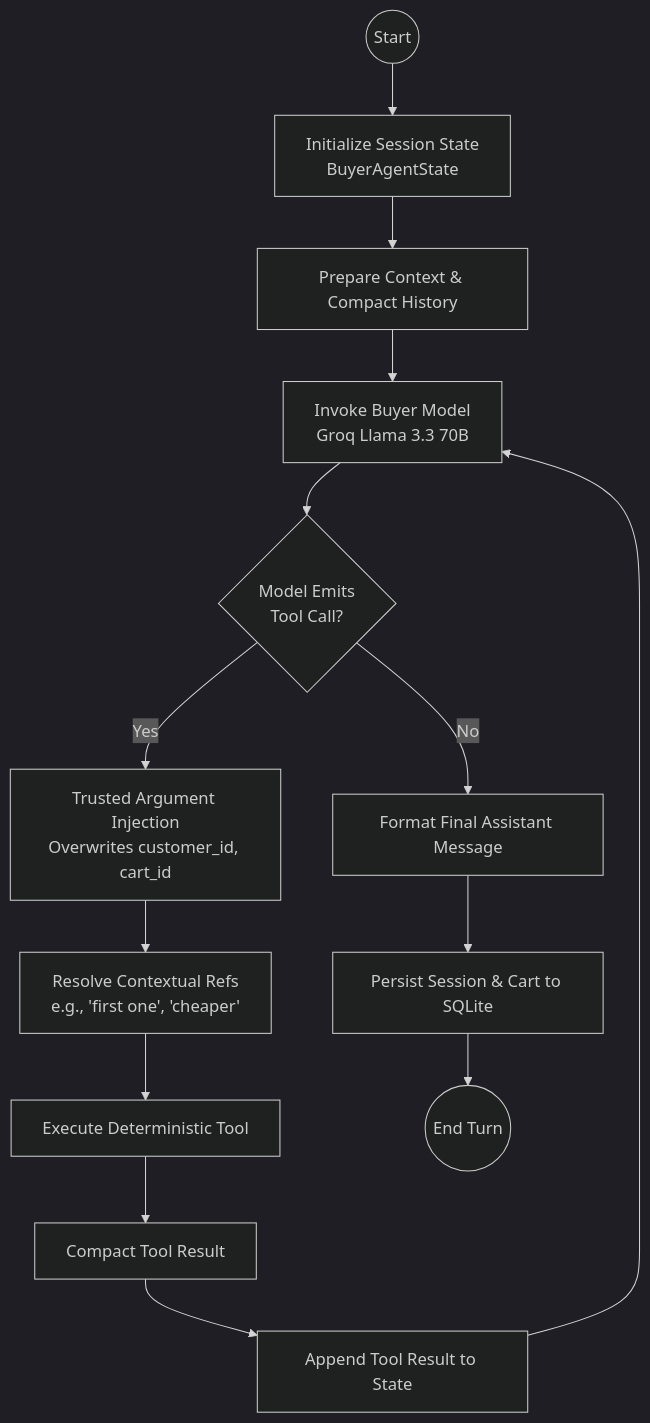
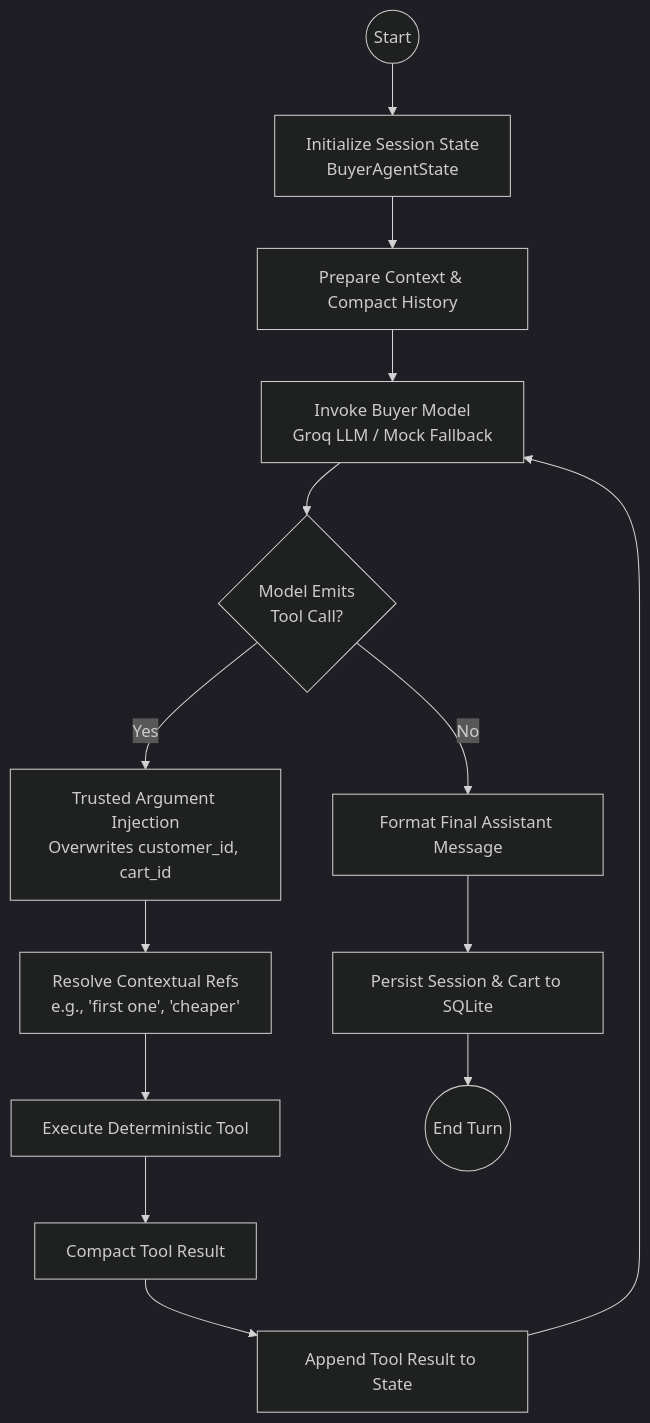
One commit to amaymishra1104/agentpay-ai changed the diagram in docs/agent-flow.md. Above: the diagram before and after it, drawn with Mermaid (dark theme). The commit also changed other lines of this file and 7 other files, not shown here.

````diff
--- a/docs/agent-flow.md
+++ b/docs/agent-flow.md
@@ -11,19 +11,19 @@
 ```mermaid
 flowchart TD
     START((Start)) --> INIT[Initialize Session State\nBuyerAgentState]
     INIT --> PREP[Prepare Context & Compact History]
-    PREP --> CALL_MODEL[Invoke Buyer Model\nGroq Llama 3.3 70B]
+    PREP --> CALL_MODEL[Invoke Buyer Model\nGroq LLM / Mock Fallback]
     
     CALL_MODEL --> HAS_TOOL{Model Emits\nTool Call?}
     
     HAS_TOOL -->|Yes| INJECT_ARGS[Trusted Argument Injection\nOverwrites customer_id, cart_id]
     INJECT_ARGS --> RESOLVE_REFS[Resolve Contextual Refs\ne.g., 'first one', 'cheaper']
     RESOLVE_REFS --> RUN_TOOL[Execute Deterministic Tool]
     RUN_TOOL --> COMPACT_RESULT[Compact Tool Result]
     COMPACT_RESULT --> APPEND_STATE[Append Tool Result to State]
     APPEND_STATE --> CALL_MODEL
     
     HAS_TOOL -->|No| FINAL_RESP[Format Final Assistant Message]
     FINAL_RESP --> SYNC_SESSION[Persist Session & Cart to SQLite]
     SYNC_SESSION --> END_NODE((End Turn))
 ```
````
